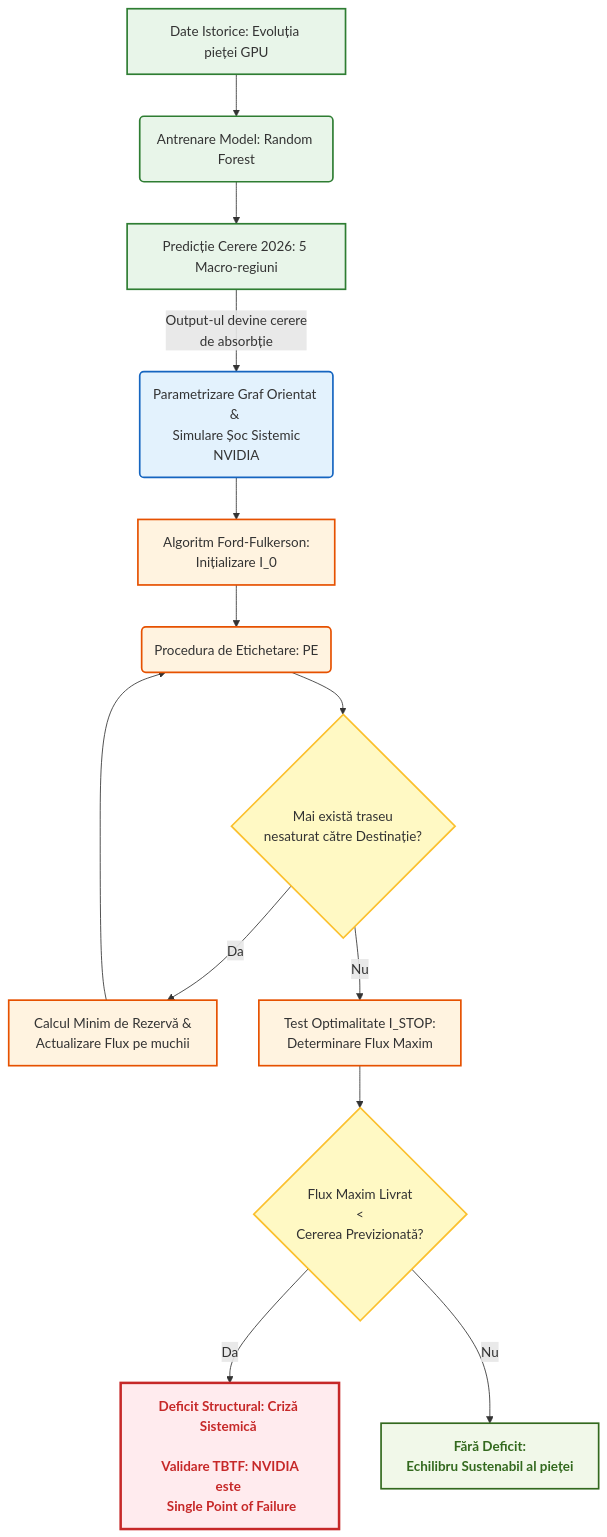
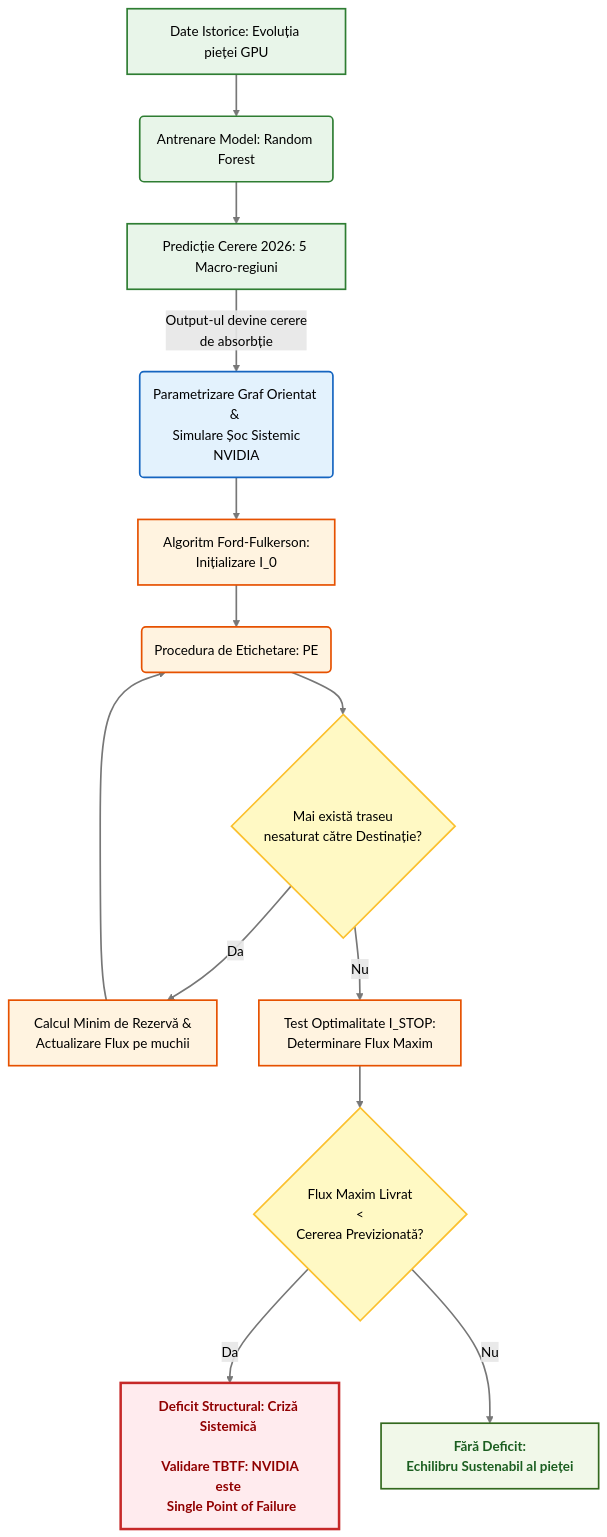
Before and after one commit to UPB-CO-TEAM/TBTF-ML-Transportation-Problem-AFF: the diagram in schema-logica.md, drawn with Mermaid.

````diff
--- a/schema-logica.md
+++ b/schema-logica.md
@@ -5,34 +5,37 @@
 ```mermaid
 graph TD
-    %% Definirea stilurilor pentru un aspect academic si profesional
-    classDef ML fill:#e8f5e9,stroke:#2e7d32,stroke-width:2px;
-    classDef Retea fill:#e3f2fd,stroke:#1565c0,stroke-width:2px;
-    classDef Algoritm fill:#fff3e0,stroke:#e65100,stroke-width:2px;
-    classDef Decizie fill:#fff9c4,stroke:#fbc02d,stroke-width:2px;
-    classDef Criza fill:#ffebee,stroke:#c62828,stroke-width:3px,color:#c62828,font-weight:bold;
-    classDef Echilibru fill:#f1f8e9,stroke:#33691e,stroke-width:2px,color:#33691e,font-weight:bold;
+    %% Definirea stilurilor cu text negru fortat pentru vizibilitate maxima pe GitHub
+    classDef ML fill:#e8f5e9,stroke:#2e7d32,stroke-width:2px,color:#000000;
+    classDef Retea fill:#e3f2fd,stroke:#1565c0,stroke-width:2px,color:#000000;
+    classDef Algoritm fill:#fff3e0,stroke:#e65100,stroke-width:2px,color:#000000;
+    classDef Decizie fill:#fff9c4,stroke:#fbc02d,stroke-width:2px,color:#000000;
+    classDef Criza fill:#ffebee,stroke:#c62828,stroke-width:3px,color:#900000,font-weight:bold;
+    classDef Echilibru fill:#f1f8e9,stroke:#33691e,stroke-width:2px,color:#1b5e20,font-weight:bold;
+
+    %% Fortam textul de pe sageti sa fie si el negru si vizibil
+    linkStyle default color:#000000, stroke:#777777, stroke-width:2px;
 
     %% Faza 1: Machine Learning
     A[Date Istorice: Evoluția pieței GPU]:::ML --> B(Antrenare Model: Random Forest):::ML
     B --> C[Predicție Cerere 2026: 5 Macro-regiuni]:::ML
 
     %% Faza 2: Integrarea in retea
     C -- "Output-ul devine cerere \n de absorbție" --> D(Parametrizare Graf Orientat & <br> Simulare Șoc Sistemic NVIDIA):::Retea
 
     %% Faza 3: Algoritmul Ford-Fulkerson
     D --> E[Algoritm Ford-Fulkerson: <br> Inițializare I_0]:::Algoritm
     E --> F(Procedura de Etichetare: PE):::Algoritm
     F --> G{Mai există traseu <br> nesaturat către Destinație?}:::Decizie
     
     %% Buclele algoritmului
     G -- Da --> H[Calcul Minim de Rezervă & <br> Actualizare Flux pe muchii]:::Algoritm
     H --> F
     
     %% Iesirea din algoritm
     G -- Nu --> I[Test Optimalitate I_STOP: <br> Determinare Flux Maxim]:::Algoritm
 
     %% Faza 4: Decizia si Concluzia
     I --> J{Flux Maxim Livrat <br> < <br> Cererea Previzionată?}:::Decizie
     J -- Da --> K[Deficit Structural: Criză Sistemică <br><br> Validare TBTF: NVIDIA este <br> Single Point of Failure]:::Criza
     J -- Nu --> L[Fără Deficit: <br> Echilibru Sustenabil al pieței]:::Echilibru
 ```
````
